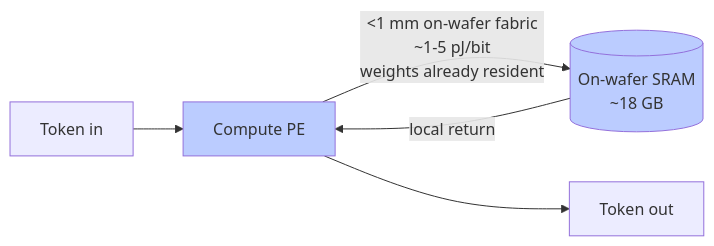
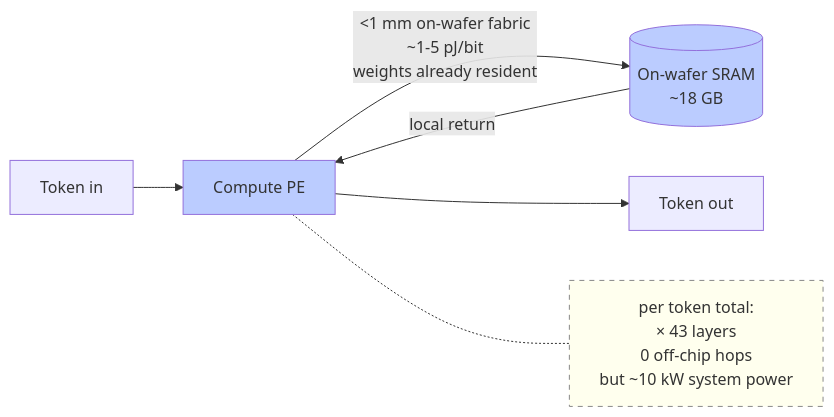
The second of 5 diagrams in README.md (michaelhuo2030/millisecond-era), drawn with Mermaid before and after one commit. The commit also changed other lines of this file and 1 other file, not shown here.

First line of the commit message:
mermaid: restore per-token summary as annotation node (no self-loop)

````diff
--- a/README.md
+++ b/README.md
@@ -81,9 +83,11 @@
 ```mermaid
 flowchart LR
     T1[Token in] --> PE[Compute PE]
     PE -->|"&lt;1 mm on-wafer fabric<br/>~1-5 pJ/bit<br/>weights already resident"| SRAM[("On-wafer SRAM<br/>~18 GB")]
     SRAM -->|"local return"| PE
     PE --> T2[Token out]
+    PE -.- TOTAL["per token total:<br/>× 43 layers<br/>0 off-chip hops<br/>but ~10 kW system power"]
     style SRAM fill:#bcf
     style PE fill:#bcf
+    style TOTAL fill:#ffe,stroke:#888,stroke-dasharray: 5 5
 ```
````
